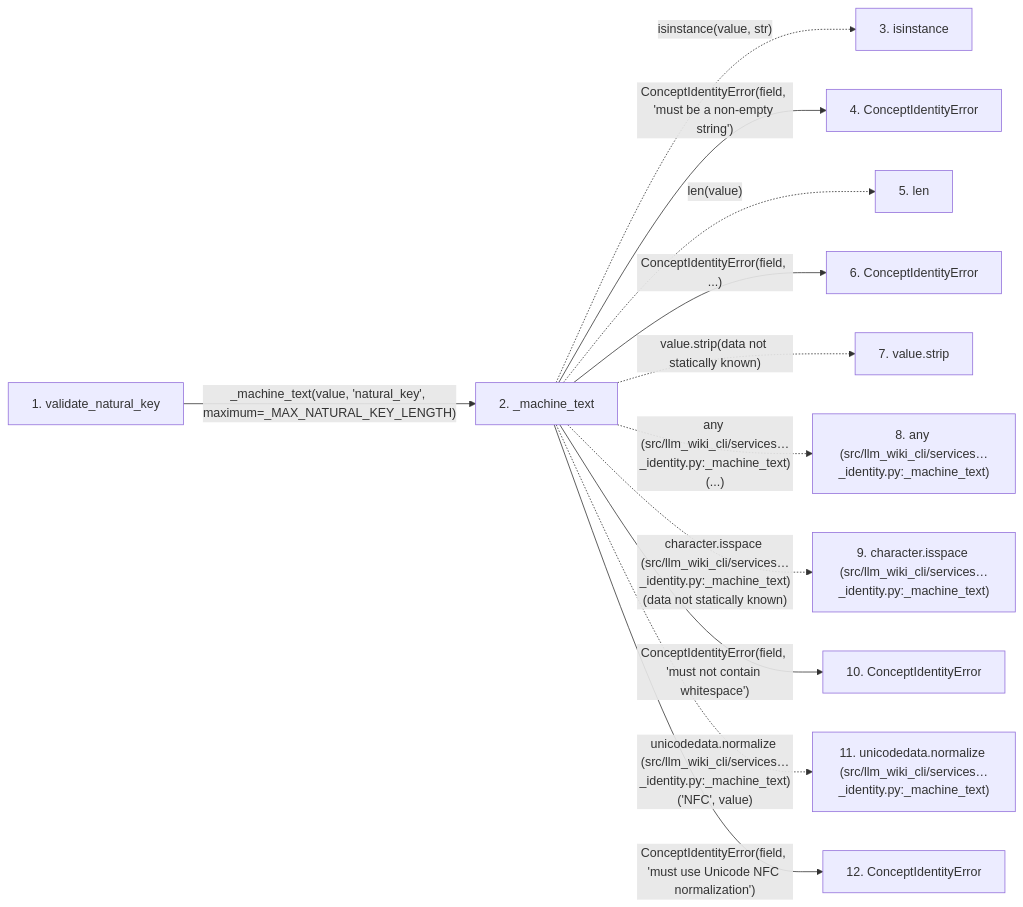
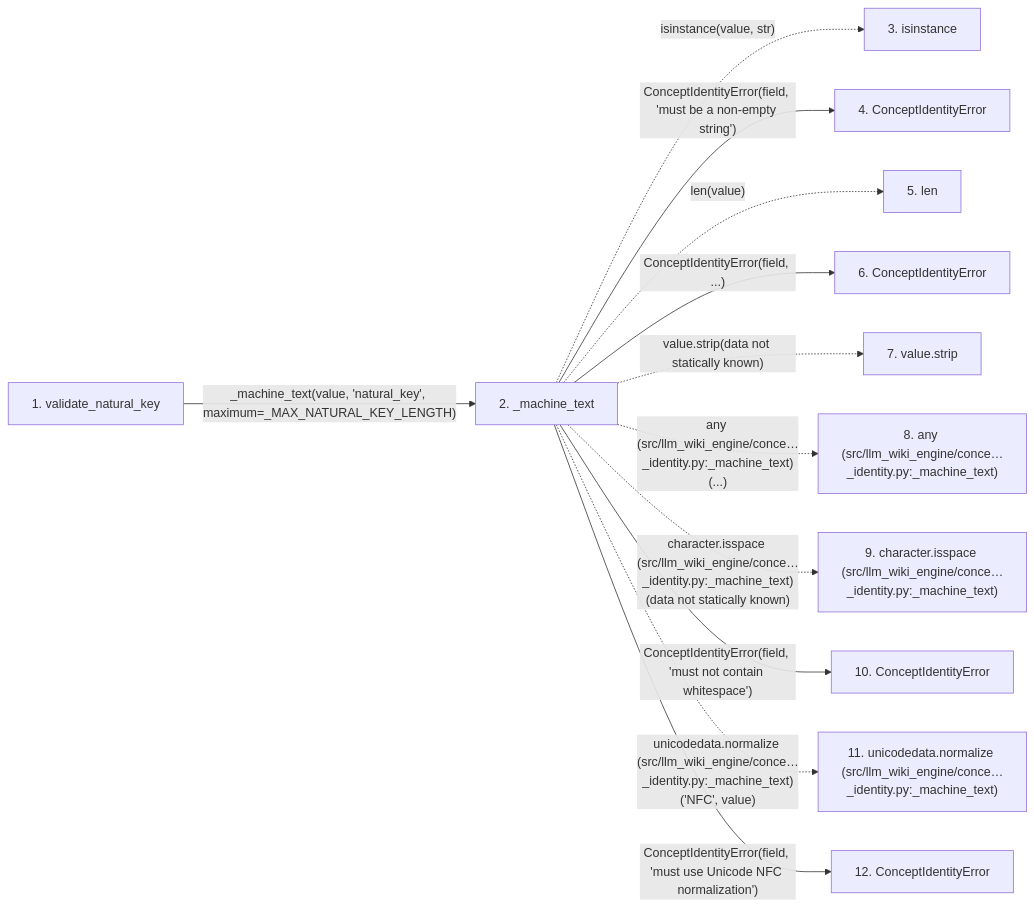
The second of 2 diagrams in docs/llm_wiki/flows/api-validate_natural_key.md (Denissvgn/python-wiki-llm), drawn with Mermaid before and after one commit. The commit also changed other lines of this file and 1103 other files, not shown here.

First line of the commit message:
docs: refresh the wiki for the llm-wiki-engine distribution

````diff
--- a/docs/llm_wiki/flows/api-validate_natural_key.md
+++ b/docs/llm_wiki/flows/api-validate_natural_key.md
@@ -124,32 +124,32 @@
 ```mermaid
 flowchart LR
     s1["1. validate_natural_key"]
     s2["2. _machine_text"]
     s3["3. isinstance"]
     s4["4. ConceptIdentityError"]
     s5["5. len"]
     s6["6. ConceptIdentityError"]
     s7["7. value.strip"]
-    s8["8. any (src/llm_wiki_cli/services…_identity.py:_machine_text)"]
-    s9["9. character.isspace (src/llm_wiki_cli/services…_identity.py:_machine_text)"]
+    s8["8. any (src/llm_wiki_engine/conce…_identity.py:_machine_text)"]
+    s9["9. character.isspace (src/llm_wiki_engine/conce…_identity.py:_machine_text)"]
     s10["10. ConceptIdentityError"]
-    s11["11. unicodedata.normalize (src/llm_wiki_cli/services…_identity.py:_machine_text)"]
+    s11["11. unicodedata.normalize (src/llm_wiki_engine/conce…_identity.py:_machine_text)"]
     s12["12. ConceptIdentityError"]
     s1 -->|"_machine_text(value, 'natural_key', maximum=_MAX_NATURAL_KEY_LENGTH)"| s2
     s2 -. "isinstance(value, str)" .-> s3
     s2 -->|"ConceptIdentityError(field, 'must be a non-empty string')"| s4
     s2 -. "len(value)" .-> s5
     s2 -->|"ConceptIdentityError(field, ...)"| s6
     s2 -. "value.strip(data not statically known)" .-> s7
-    s2 -. "any (src/llm_wiki_cli/services…_identity.py:_machine_text)(...)" .-> s8
-    s2 -. "character.isspace (src/llm_wiki_cli/services…_identity.py:_machine_text)(data not statically known)" .-> s9
+    s2 -. "any (src/llm_wiki_engine/conce…_identity.py:_machine_text)(...)" .-> s8
+    s2 -. "character.isspace (src/llm_wiki_engine/conce…_identity.py:_machine_text)(data not statically known)" .-> s9
     s2 -->|"ConceptIdentityError(field, 'must not contain whitespace')"| s10
-    s2 -. "unicodedata.normalize (src/llm_wiki_cli/services…_identity.py:_machine_text)('NFC', value)" .-> s11
+    s2 -. "unicodedata.normalize (src/llm_wiki_engine/conce…_identity.py:_machine_text)('NFC', value)" .-> s11
     s2 -->|"ConceptIdentityError(field, 'must use Unicode NFC normalization')"| s12
     click s1 "../modules/concept_identity.md"
     click s2 "../modules/concept_identity.md"
     click s4 "../modules/concept_identity.md"
     click s6 "../modules/concept_identity.md"
     click s10 "../modules/concept_identity.md"
     click s12 "../modules/concept_identity.md"
 ```
````
